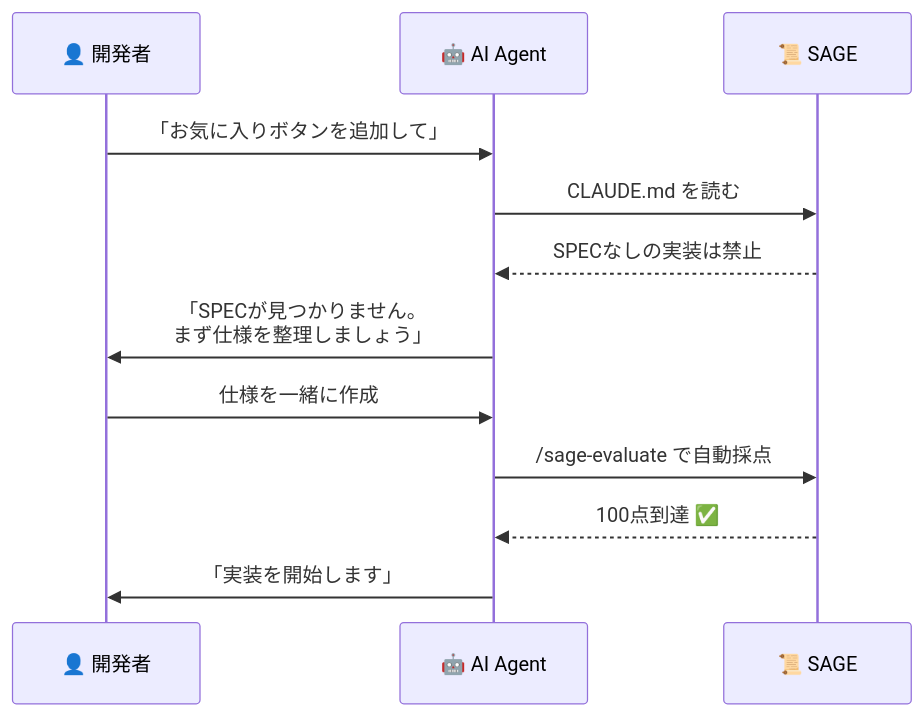
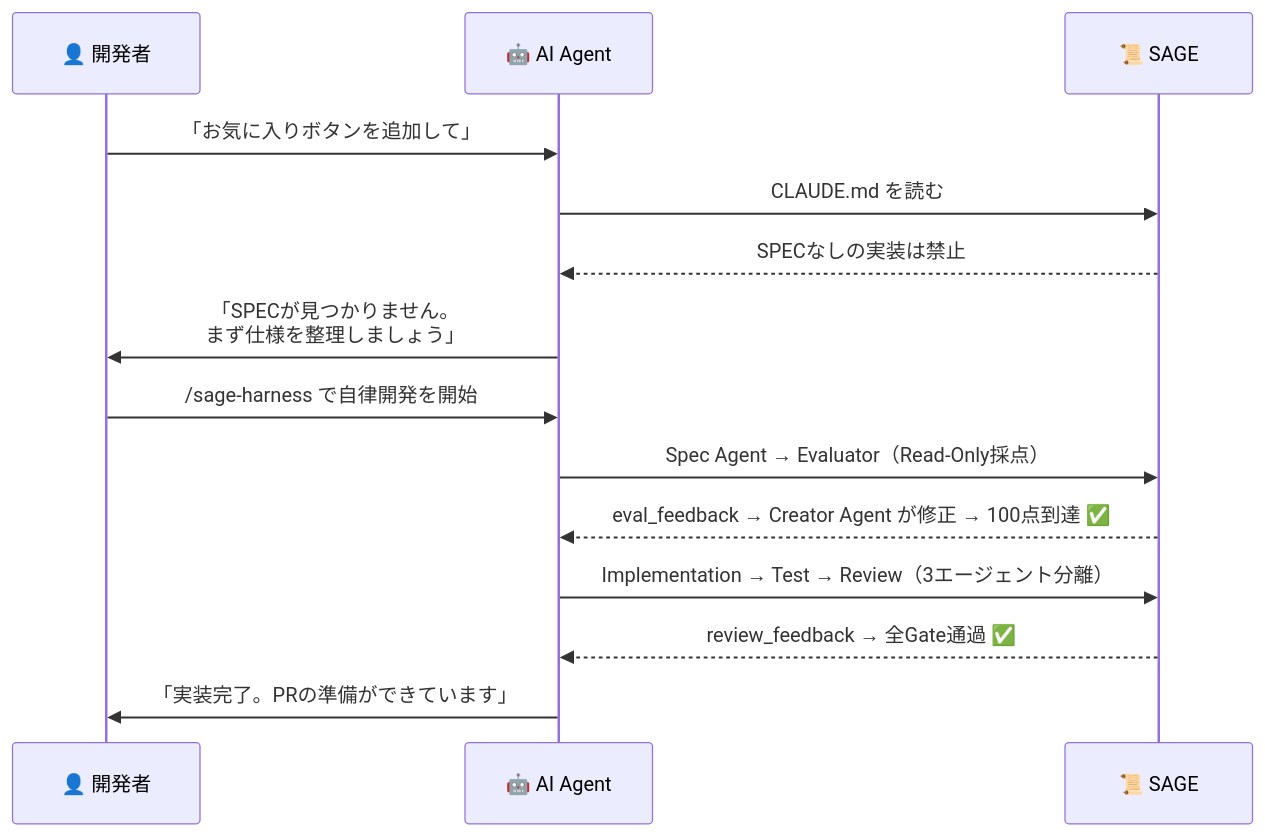
One commit to heidayo/sage-ai-template changed the fourth of 9 diagrams in README.md. Above: the diagram before and after it, drawn with Mermaid. The commit also changed other lines of this file and 14 other files, not shown here.

First line of the commit message:
Evaluator Read-Only化 + Phase 3-4 3エージェント分離 + コードレビュールブリック整備

````diff
--- a/README.md
+++ b/README.md
@@ -175,15 +180,17 @@
 ```mermaid
 sequenceDiagram
     participant Dev as 👤 開発者
     participant AI as 🤖 AI Agent
     participant SAGE as 📜 SAGE
 
     Dev->>AI: 「お気に入りボタンを追加して」
     AI->>SAGE: CLAUDE.md を読む
     SAGE-->>AI: SPECなしの実装は禁止
     AI->>Dev: 「SPECが見つかりません。<br/>まず仕様を整理しましょう」
-    Dev->>AI: 仕様を一緒に作成
-    AI->>SAGE: /sage-evaluate で自動採点
-    SAGE-->>AI: 100点到達 ✅
-    AI->>Dev: 「実装を開始します」
+    Dev->>AI: /sage-harness で自律開発を開始
+    AI->>SAGE: Spec Agent → Evaluator（Read-Only採点）
+    SAGE-->>AI: eval_feedback → Creator Agent が修正 → 100点到達 ✅
+    AI->>SAGE: Implementation → Test → Review（3エージェント分離）
+    SAGE-->>AI: review_feedback → 全Gate通過 ✅
+    AI->>Dev: 「実装完了。PRの準備ができています」
 ```
````
